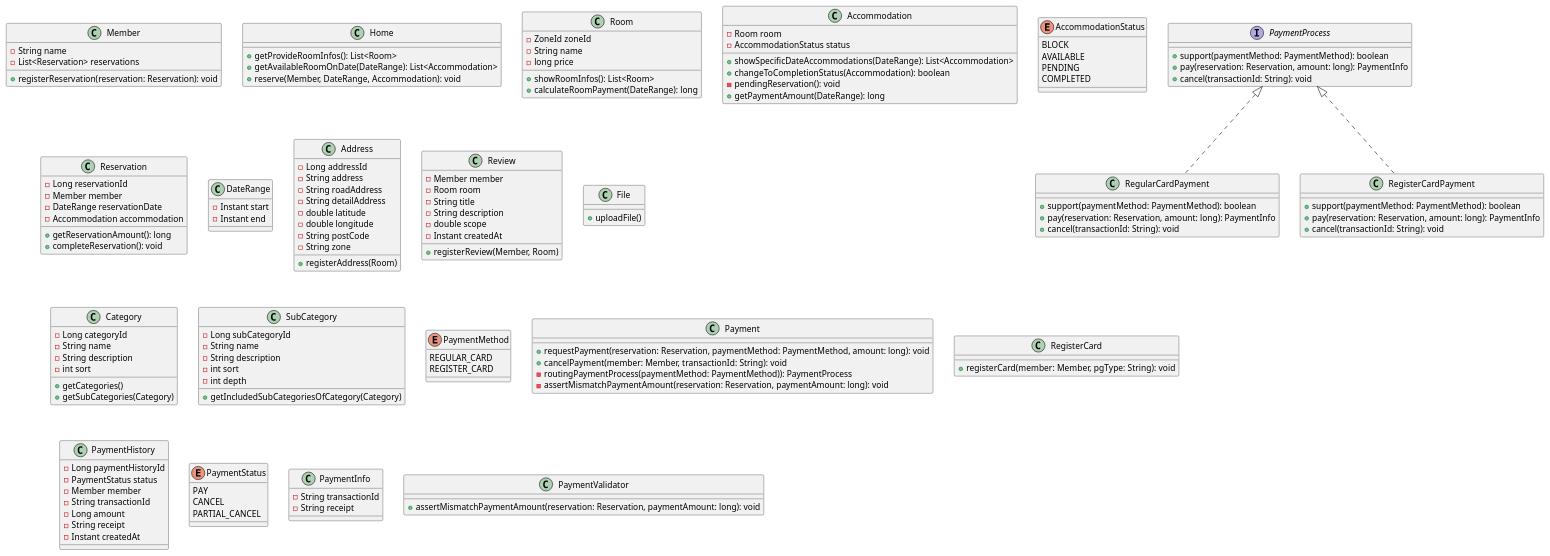
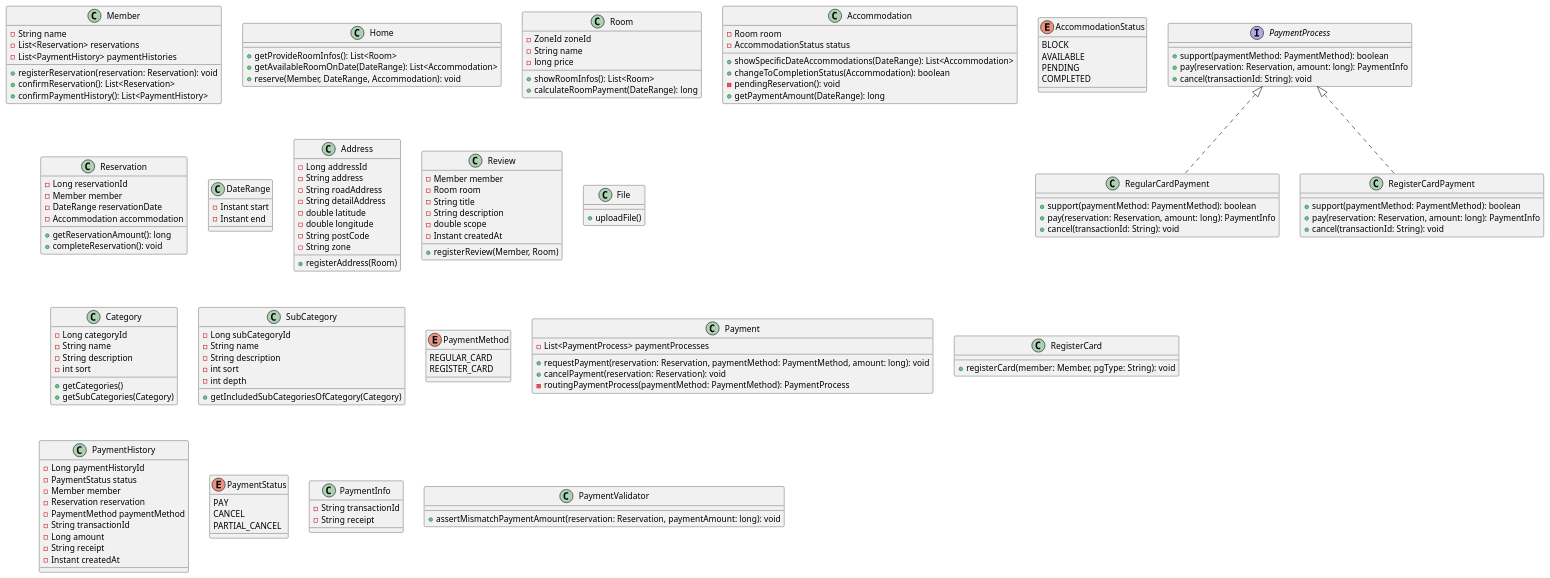
One commit to f-lab-edu/room-reservation-service changed the diagram in class-diagram.puml. Above: the diagram before and after it, drawn with PlantUML. The commit also changed 8 other files, not shown here.

```diff
--- a/class-diagram.puml
+++ b/class-diagram.puml
@@ -1,155 +1,160 @@
 @startuml
 class Member {
   -String name
   -List<Reservation> reservations
+  -List<PaymentHistory> paymentHistories
   +registerReservation(reservation: Reservation): void
+  +confirmReservation(): List<Reservation>
+  +confirmPaymentHistory(): List<PaymentHistory>
 }
 
 class Home {
   +getProvideRoomInfos(): List<Room>
   +getAvailableRoomOnDate(DateRange): List<Accommodation>
   +reserve(Member, DateRange, Accommodation): void
 }
 
 class Room {
   -ZoneId zoneId
   -String name
   -long price
   +showRoomInfos(): List<Room>
   +calculateRoomPayment(DateRange): long
 }
 
 class Accommodation {
   -Room room
   -AccommodationStatus status
   +showSpecificDateAccommodations(DateRange): List<Accommodation>
   +changeToCompletionStatus(Accommodation): boolean
   -pendingReservation(): void
   +getPaymentAmount(DateRange): long
 }
 
 enum AccommodationStatus {
   BLOCK
   AVAILABLE
   PENDING
   COMPLETED
 }
 
 class Reservation {
   -Long reservationId
   -Member member
   -DateRange reservationDate
   -Accommodation accommodation
   +getReservationAmount(): long
   +completeReservation(): void
 }
 
 class DateRange {
   -Instant start
   -Instant end
 }
 
 class Address {
   -Long addressId
   -String address
   -String roadAddress
   -String detailAddress
   -double latitude
   -double longitude
   -String postCode
   -String zone
   +registerAddress(Room)
 }
 
 class Review {
   -Member member
   -Room room
   -String title
   -String description
   -double scope
   -Instant createdAt
   +registerReview(Member, Room)
 }
 
 class File {
   +uploadFile()
 }
 
 class Category {
   -Long categoryId
   -String name
   -String description
   -int sort
   +getCategories()
   +getSubCategories(Category)
 }
 
 class SubCategory {
   -Long subCategoryId
   -String name
   -String description
   -int sort
   -int depth
   +getIncludedSubCategoriesOfCategory(Category)
 }
 
 enum PaymentMethod {
   REGULAR_CARD
   REGISTER_CARD
 }
 
 class Payment {
+ -List<PaymentProcess> paymentProcesses
  +requestPayment(reservation: Reservation, paymentMethod: PaymentMethod, amount: long): void
- +cancelPayment(member: Member, transactionId: String): void
- -routingPaymentProcess(paymentMethod: PaymentMethod)): PaymentProcess
- -assertMismatchPaymentAmount(reservation: Reservation, paymentAmount: long): void
+ +cancelPayment(reservation: Reservation): void
+ -routingPaymentProcess(paymentMethod: PaymentMethod): PaymentProcess
 }
 
 class RegisterCard {
  +registerCard(member: Member, pgType: String): void
 }
 
 interface PaymentProcess {
  +support(paymentMethod: PaymentMethod): boolean
  +pay(reservation: Reservation, amount: long): PaymentInfo
  +cancel(transactionId: String): void
 }
 
 class RegularCardPayment implements PaymentProcess {
  +support(paymentMethod: PaymentMethod): boolean
  +pay(reservation: Reservation, amount: long): PaymentInfo
  +cancel(transactionId: String): void
 }
 
 class RegisterCardPayment implements PaymentProcess  {
  +support(paymentMethod: PaymentMethod): boolean
  +pay(reservation: Reservation, amount: long): PaymentInfo
  +cancel(transactionId: String): void
 }
 
 class PaymentHistory {
  -Long paymentHistoryId
  -PaymentStatus status
  -Member member
+ -Reservation reservation
+ -PaymentMethod paymentMethod
  -String transactionId
  -Long amount
  -String receipt
  -Instant createdAt
 }
 
 enum PaymentStatus {
  PAY
  CANCEL
  PARTIAL_CANCEL
 }
 
 class PaymentInfo {
  -String transactionId
  -String receipt
 }
 
 class PaymentValidator {
  +assertMismatchPaymentAmount(reservation: Reservation, paymentAmount: long): void
 }
 
 @enduml
```
